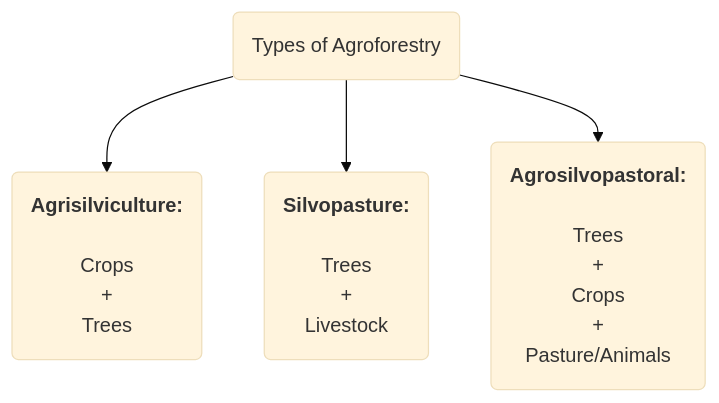
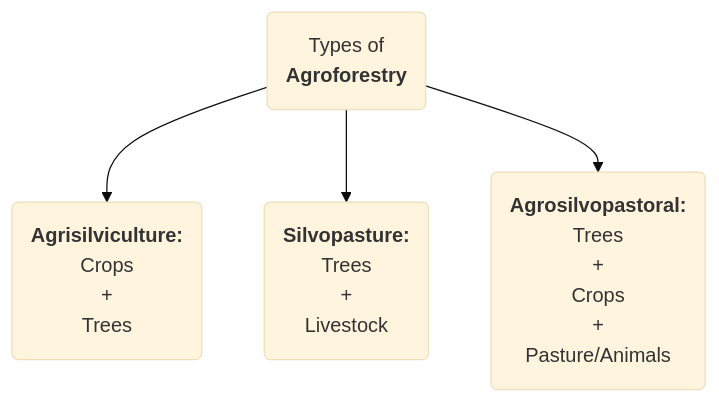
Before and after one commit to pranjalrai-iitd/ObsidianNotes.io: the diagram in source/content/CURRENT AFFAIRS/CURRENT AFFAIRS - EDITORIALS/AGRICULTURE.md, drawn with Mermaid (base theme). The commit also changed 3 other files, not shown here.

````diff
--- a/source/content/CURRENT AFFAIRS/CURRENT AFFAIRS - EDITORIALS/AGRICULTURE.md
+++ b/source/content/CURRENT AFFAIRS/CURRENT AFFAIRS - EDITORIALS/AGRICULTURE.md
@@ -57,6 +57,6 @@
 ```mermaid
 graph TD;
-A(Types of Agroforestry)-->B(<b>Agrisilviculture:<br></b><br> Crops<br>+<br>Trees);
-A(Types of Agroforestry)-->C(<b>Silvopasture:</b><br><br>Trees<br>+<br>Livestock);
-A(Types of Agroforestry)-->D(<b>Agrosilvopastoral:</b><br><br>Trees<br>+<br>Crops<br>+<br>Pasture/Animals);
+A(Types of Agroforestry)-->B(<b>Agrisilviculture:<br></b>Crops<br>+<br>Trees);
+A(Types of Agroforestry)-->C(<b>Silvopasture:</b><br>Trees<br>+<br>Livestock);
+A(Types of<br><b>Agroforestry</b>)-->D(<b>Agrosilvopastoral:</b><br>Trees<br>+<br>Crops<br>+<br>Pasture/Animals);
 ```
````
